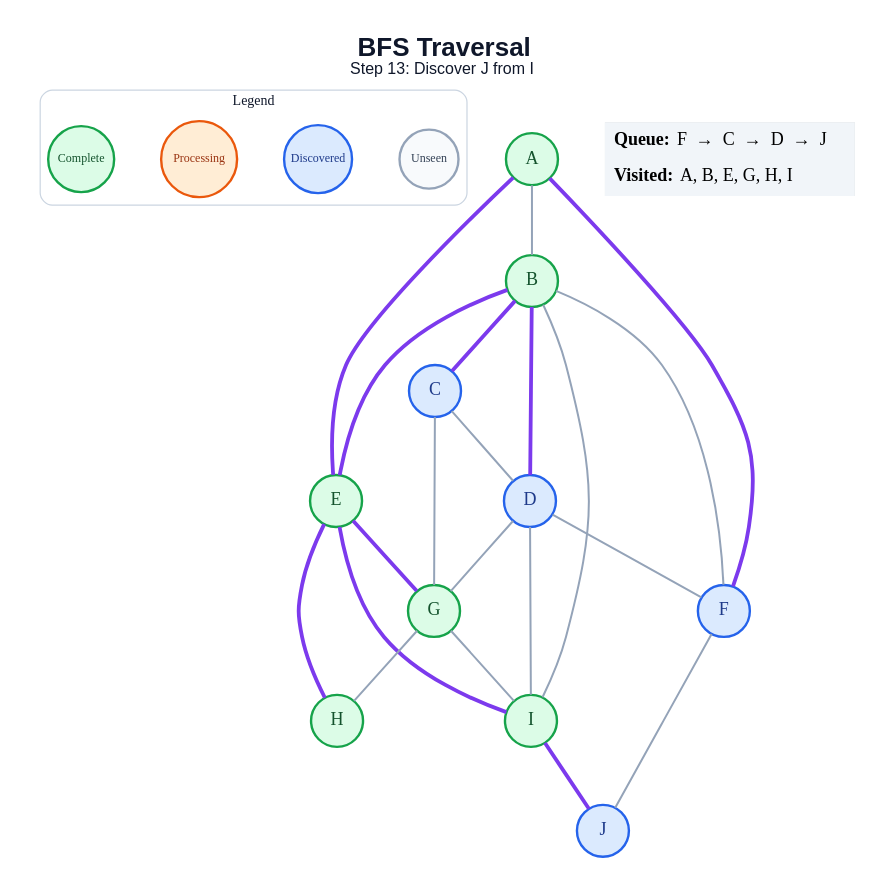
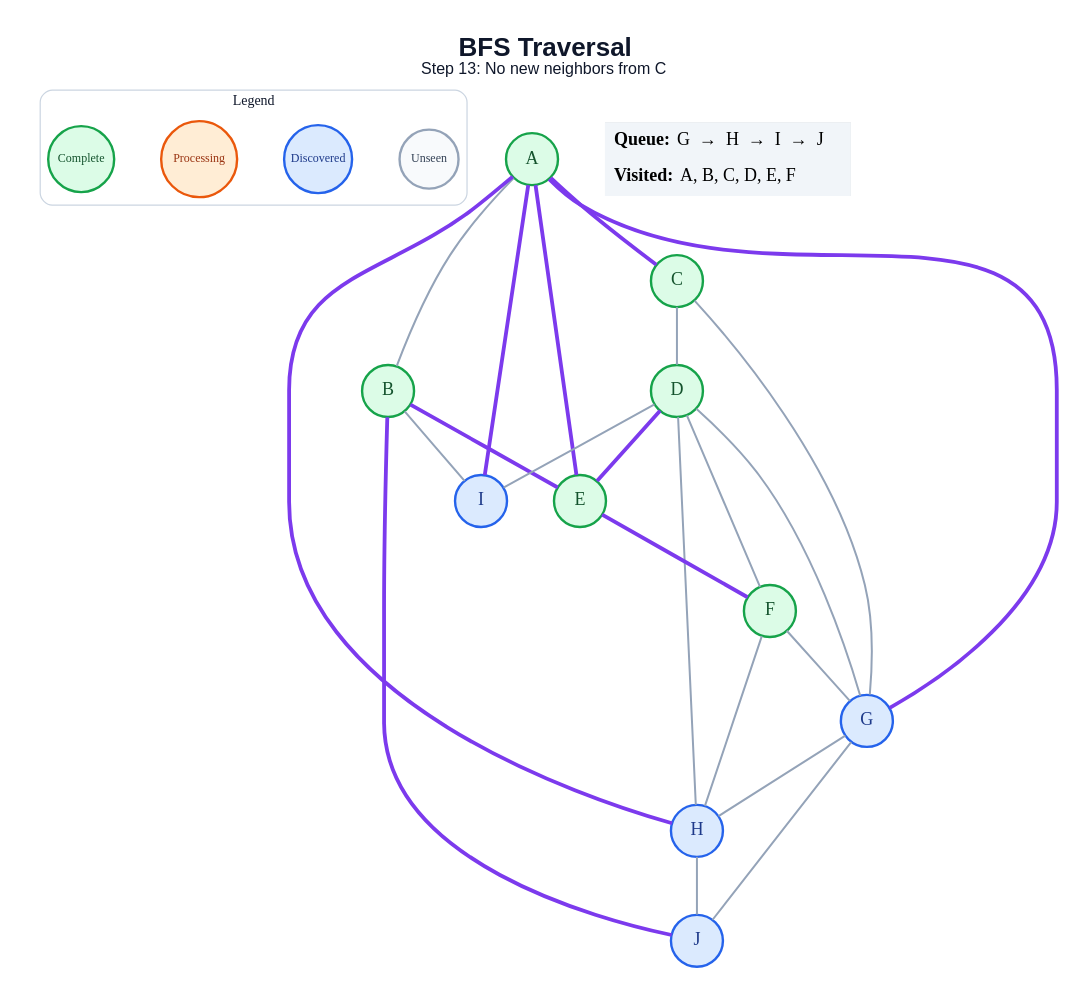
The diagram in generated/specific-node/bfs/step_13.dot (amanghodawala9/ai-slop), drawn with Graphviz before and after one commit. The commit also changed 178 other files, not shown here.

```diff
--- a/generated/specific-node/bfs/step_13.dot
+++ b/generated/specific-node/bfs/step_13.dot
@@ -1,49 +1,51 @@
 graph traversal {
   graph [layout=dot, rankdir=TB, bgcolor="#FFFFFF", pad="0.35", nodesep="0.65", ranksep="0.8", fontname="Arial"];
   node [shape=circle, style="filled", fontname="Arial Bold", fontsize=18, width=0.72, fixedsize=true, penwidth=2.4];
   edge [color="#94A3B8", penwidth=2.0];
-  label=<<B>BFS Traversal</B><BR/><FONT POINT-SIZE="16">Step 13: Discover J from I</FONT>>; labelloc="t"; fontsize=26; fontname="Arial"; fontcolor="#0F172A";
+  label=<<B>BFS Traversal</B><BR/><FONT POINT-SIZE="16">Step 13: No new neighbors from C</FONT>>; labelloc="t"; fontsize=26; fontname="Arial"; fontcolor="#0F172A";
   subgraph cluster_legend { label="Legend"; color="#CBD5E1"; penwidth=1.2; style="rounded"; fontsize=14; fontname="Arial Bold";
     key_unseen [label="Unseen", fillcolor="#F8FAFC", color="#94A3B8", fontcolor="#334155", fontsize=12, width=0.82];
     key_frontier [label="Discovered", fillcolor="#DBEAFE", color="#2563EB", fontcolor="#1E3A8A", fontsize=12, width=0.95];
     key_current [label="Processing", fillcolor="#FFEDD5", color="#EA580C", fontcolor="#9A3412", fontsize=12, width=1.05];
     key_done [label="Complete", fillcolor="#DCFCE7", color="#16A34A", fontcolor="#14532D", fontsize=12, width=0.92];
     { rank=same; key_unseen; key_frontier; key_current; key_done; }
   }
   A [fillcolor="#DCFCE7", color="#16A34A", fontcolor="#14532D"];
   B [fillcolor="#DCFCE7", color="#16A34A", fontcolor="#14532D"];
-  C [fillcolor="#DBEAFE", color="#2563EB", fontcolor="#1E3A8A"];
-  D [fillcolor="#DBEAFE", color="#2563EB", fontcolor="#1E3A8A"];
+  C [fillcolor="#DCFCE7", color="#16A34A", fontcolor="#14532D"];
+  D [fillcolor="#DCFCE7", color="#16A34A", fontcolor="#14532D"];
   E [fillcolor="#DCFCE7", color="#16A34A", fontcolor="#14532D"];
-  F [fillcolor="#DBEAFE", color="#2563EB", fontcolor="#1E3A8A"];
-  G [fillcolor="#DCFCE7", color="#16A34A", fontcolor="#14532D"];
-  H [fillcolor="#DCFCE7", color="#16A34A", fontcolor="#14532D"];
-  I [fillcolor="#DCFCE7", color="#16A34A", fontcolor="#14532D"];
+  F [fillcolor="#DCFCE7", color="#16A34A", fontcolor="#14532D"];
+  G [fillcolor="#DBEAFE", color="#2563EB", fontcolor="#1E3A8A"];
+  H [fillcolor="#DBEAFE", color="#2563EB", fontcolor="#1E3A8A"];
+  I [fillcolor="#DBEAFE", color="#2563EB", fontcolor="#1E3A8A"];
   J [fillcolor="#DBEAFE", color="#2563EB", fontcolor="#1E3A8A"];
   A -- B;
+  A -- C [color="#7C3AED", penwidth=3.8];
   A -- E [color="#7C3AED", penwidth=3.8];
-  A -- F [color="#7C3AED", penwidth=3.8];
-  B -- C [color="#7C3AED", penwidth=3.8];
-  B -- D [color="#7C3AED", penwidth=3.8];
+  A -- G [color="#7C3AED", penwidth=3.8];
+  A -- H [color="#7C3AED", penwidth=3.8];
+  A -- I [color="#7C3AED", penwidth=3.8];
   B -- E [color="#7C3AED", penwidth=3.8];
-  B -- F;
   B -- I;
+  B -- J [color="#7C3AED", penwidth=3.8];
   C -- D;
   C -- G;
+  D -- E [color="#7C3AED", penwidth=3.8];
   D -- F;
   D -- G;
+  D -- H;
   D -- I;
-  E -- G [color="#7C3AED", penwidth=3.8];
-  E -- H [color="#7C3AED", penwidth=3.8];
-  E -- I [color="#7C3AED", penwidth=3.8];
-  F -- J;
+  E -- F [color="#7C3AED", penwidth=3.8];
+  F -- G;
+  F -- H;
   G -- H;
-  G -- I;
-  I -- J [color="#7C3AED", penwidth=3.8];
+  G -- J;
+  H -- J;
   status [shape=plain, fixedsize=false, width=0, height=0, margin=0, label=<
     <TABLE BORDER="0" CELLBORDER="0" CELLPADDING="7" BGCOLOR="#F1F5F9">
-      <TR><TD ALIGN="LEFT"><B>Queue:</B> F  →  C  →  D  →  J</TD></TR>
-      <TR><TD ALIGN="LEFT"><B>Visited:</B> A, B, E, G, H, I</TD></TR>
+      <TR><TD ALIGN="LEFT"><B>Queue:</B> G  →  H  →  I  →  J</TD></TR>
+      <TR><TD ALIGN="LEFT"><B>Visited:</B> A, B, C, D, E, F</TD></TR>
     </TABLE>
   >];
 }
```
